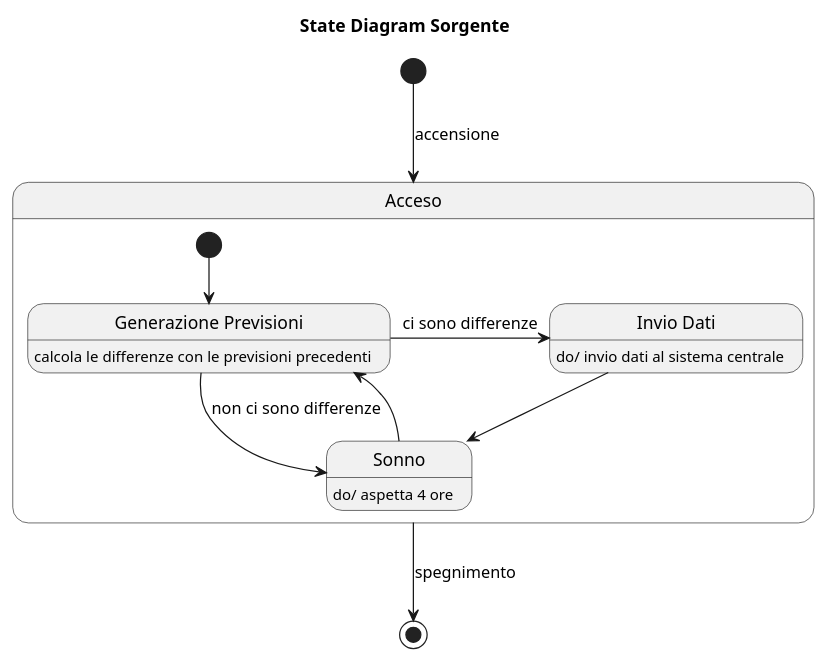
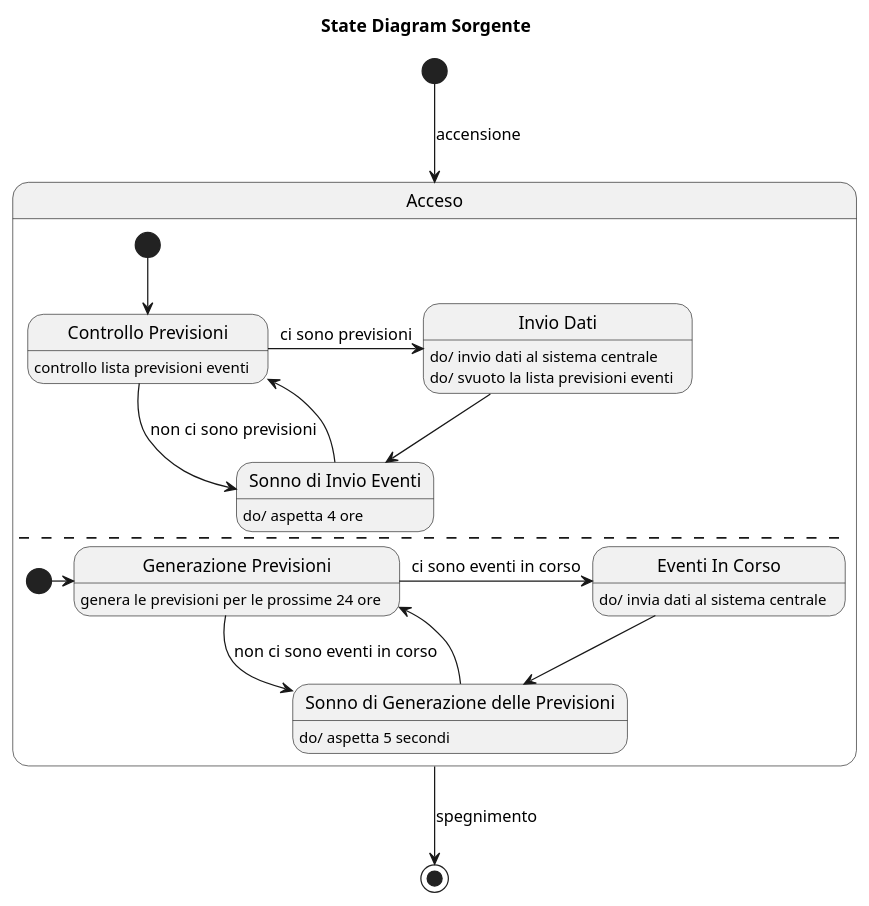
One commit to xFA25E/sweng_14_2019 changed the diagram in docs/diagrams/state/sorgente.puml. Above: the diagram before and after it, drawn with PlantUML. The commit also changed 1 other file, not shown here.

Commit message:
state diagrams update

```diff
--- a/docs/diagrams/state/sorgente.puml
+++ b/docs/diagrams/state/sorgente.puml
@@ -1,24 +1,44 @@
 @startuml
 title State Diagram Sorgente
 
 [*] --> Acceso: accensione
 
 state Acceso {
-    [*] --> GenPrev
-    state "Generazione Previsioni" as GenPrev
-    GenPrev: calcola le differenze con le previsioni precedenti
+    state "Controllo Previsioni" as ControlloPrevisioni
+    state "Invio Dati" as InvioDati
+    state "Sonno di Invio Eventi" as SonnoEventi
 
-    GenPrev --> Sonno: non ci sono differenze
-    Sonno: do/ aspetta 4 ore
+    [*] --> ControlloPrevisioni
 
-    GenPrev -right-> InvDat: ci sono differenze
-    state "Invio Dati" as InvDat
-    InvDat: do/ invio dati al sistema centrale
+    ControlloPrevisioni: controllo lista previsioni eventi
+    ControlloPrevisioni -right-> InvioDati: ci sono previsioni
+    ControlloPrevisioni --> SonnoEventi: non ci sono previsioni
 
-    InvDat --> Sonno
+    InvioDati: do/ invio dati al sistema centrale
+    InvioDati: do/ svuoto la lista previsioni eventi
+    InvioDati --> SonnoEventi
 
-    Sonno --> GenPrev
+    SonnoEventi: do/ aspetta 4 ore
+    SonnoEventi --> ControlloPrevisioni
+
+    --
+
+    state "Generazione Previsioni" as GenerazionePrevisioni
+    state "Eventi In Corso" as EventiInCorso
+    state "Sonno di Generazione delle Previsioni" as SonnoGenerazione
+
+    [*] -right-> GenerazionePrevisioni
+
+    GenerazionePrevisioni: genera le previsioni per le prossime 24 ore
+    GenerazionePrevisioni -right-> EventiInCorso: ci sono eventi in corso
+    GenerazionePrevisioni --> SonnoGenerazione: non ci sono eventi in corso
+
+    EventiInCorso: do/ invia dati al sistema centrale
+    EventiInCorso --> SonnoGenerazione
+
+    SonnoGenerazione: do/ aspetta 5 secondi
+    SonnoGenerazione -> GenerazionePrevisioni
 }
 
 Acceso --> [*]: spegnimento
 @enduml
```
